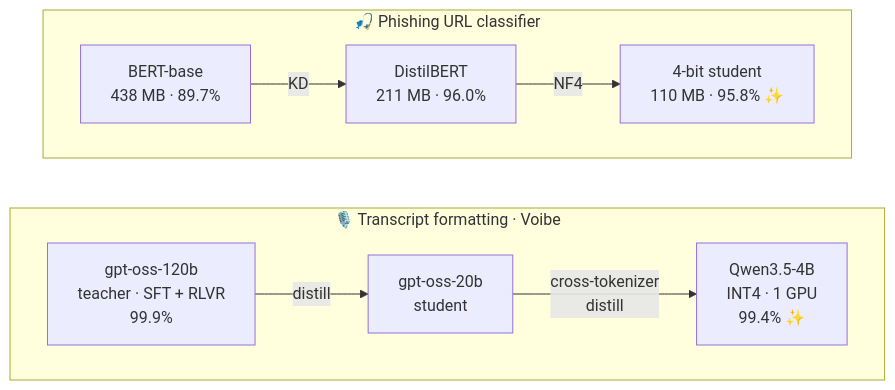
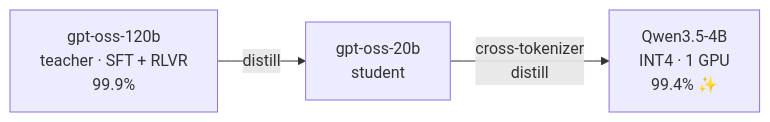
One commit to Akash-Sakala/Akash-Sakala changed the first of 2 diagrams in README.md. Above: the diagram before and after it, drawn with Mermaid. The commit also changed other lines of this file, not shown here.

Commit message:
Split model-lab diagram so it isn't cropped on GitHub

````diff
--- a/README.md
+++ b/README.md
@@ -102,11 +104,4 @@
 ```mermaid
 flowchart LR
-    subgraph ASR["🎙️ Transcript formatting · Voibe"]
-        direction LR
-        T["gpt-oss-120b<br/>teacher · SFT + RLVR<br/>99.9%"] -- distill --> M["gpt-oss-20b<br/>student"] -- cross-tokenizer<br/>distill --> S["Qwen3.5-4B<br/>INT4 · 1 GPU<br/>99.4% ✨"]
-    end
-    subgraph PH["🎣 Phishing URL classifier"]
-        direction LR
-        B["BERT-base<br/>438 MB · 89.7%"] -- KD --> D["DistilBERT<br/>211 MB · 96.0%"] -- NF4 --> Q["4-bit student<br/>110 MB · 95.8% ✨"]
-    end
+    T["gpt-oss-120b<br/>teacher · SFT + RLVR<br/>99.9%"] -- distill --> M["gpt-oss-20b<br/>student"] -- cross-tokenizer<br/>distill --> S["Qwen3.5-4B<br/>INT4 · 1 GPU<br/>99.4% ✨"]
 ```
````
